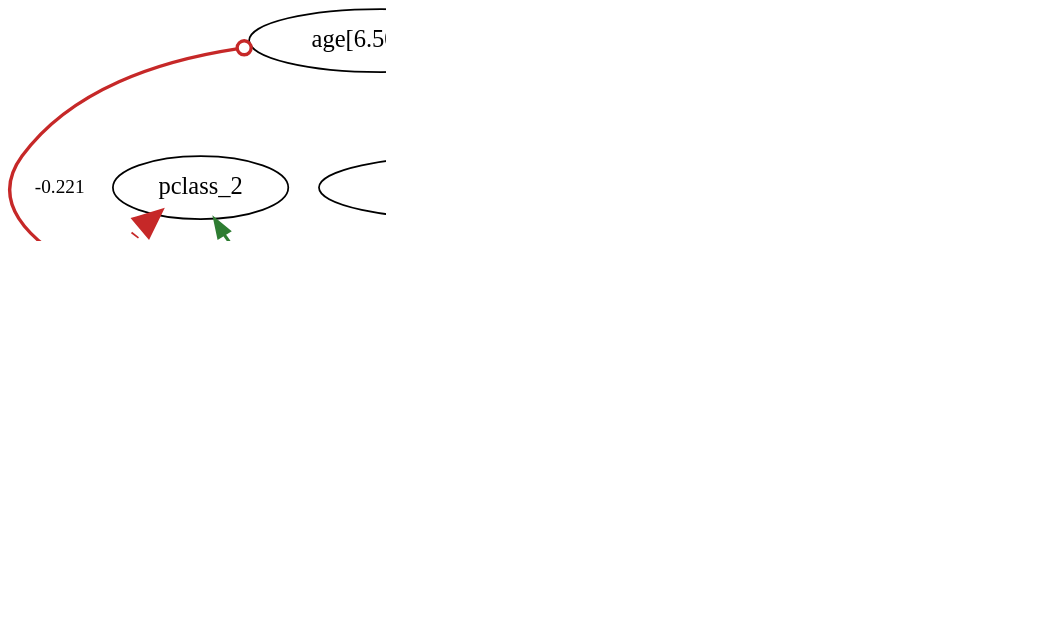
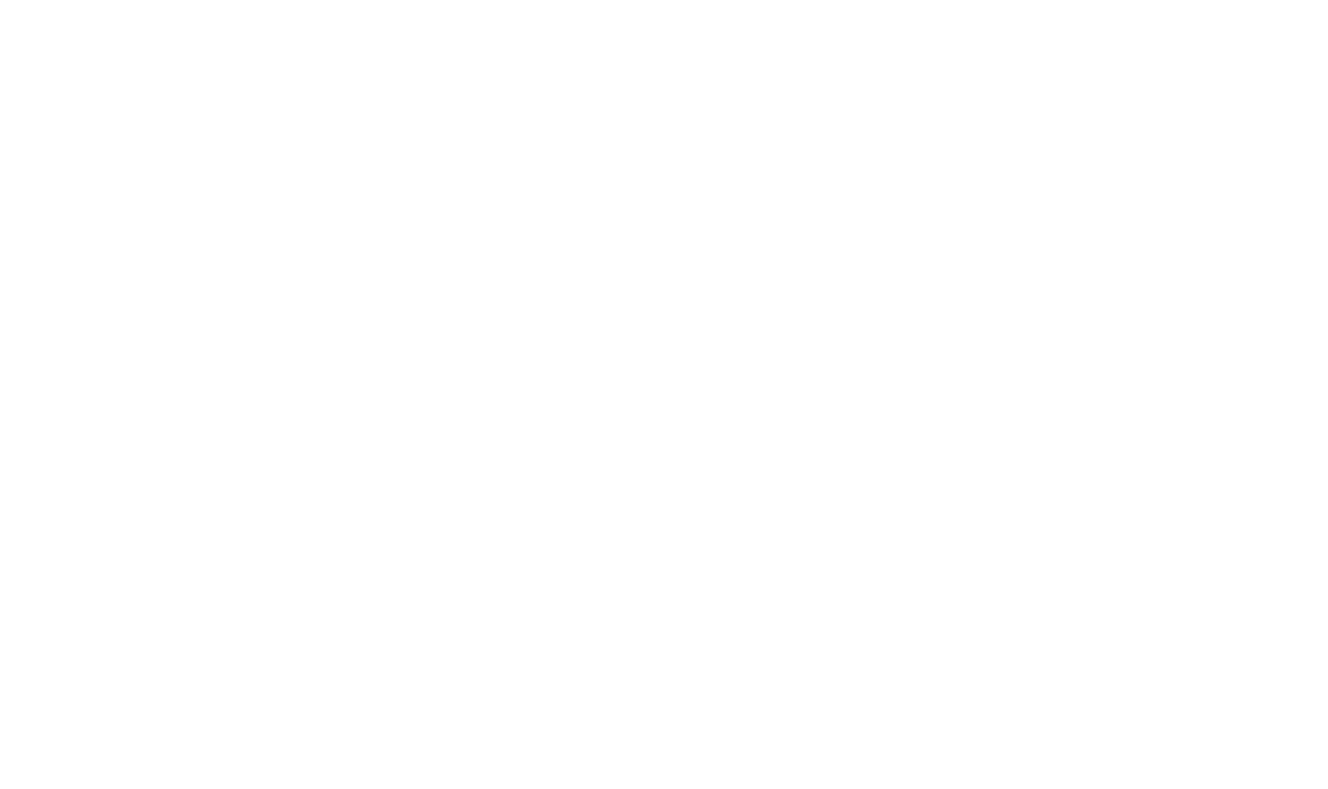
Before and after one commit to AKANEMO22/MedTCAX-Causal-Argumentative-Explainability: the diagram in causal_argumentation-main/outputs_titanic/fci_experiment/discovery_fci_dropfirst_weighted.dot, drawn with Graphviz. The commit also changed 28 other files, not shown here.

```diff
--- a/causal_argumentation-main/outputs_titanic/fci_experiment/discovery_fci_dropfirst_weighted.dot
+++ b/causal_argumentation-main/outputs_titanic/fci_experiment/discovery_fci_dropfirst_weighted.dot
@@ -1,31 +1,32 @@
 digraph {
 fontsize=18;
 dpi=200;
 0 [label="age[6.500,inf)"];
 1 [label="fare[7.133,10.481)"];
 2 [label="fare[10.481,74.375)"];
 3 [label="fare[74.375,inf)"];
 4 [label=sibsp];
 5 [label=parch];
 6 [label="pclass_2"];
 7 [label="pclass_3"];
 8 [label="sex_male"];
 9 [label="embarked_Q"];
 10 [label="embarked_S"];
 11 [label=survived];
-0 -> 7 [dir=both, arrowtail=odot, arrowhead=normal, label=" -0.221 ", fontsize=11, color="#c62828", penwidth=1.8855101781165486];
+0 -> 7 [dir=both, arrowtail=odot, arrowhead=odot, label=" -0.221 ", fontsize=11, color="#c62828", penwidth=1.8855101781165486];
 0 -> 9 [dir=both, arrowtail=odot, arrowhead=odot, label=" -0.291 ", fontsize=11, color="#c62828", penwidth=2.1653511028720134];
-1 -> 2 [dir=both, arrowtail=normal, arrowhead=normal, label=" -1.000 ", fontsize=11, style=dotted, color="#c62828", penwidth=5.0];
+1 -> 2 [dir=both, arrowtail=odot, arrowhead=normal, label=" -1.000 ", fontsize=11, style=dotted, color="#c62828", penwidth=5.0];
 7 -> 1 [dir=both, arrowtail=none, arrowhead=normal, label=" +0.638 ", fontsize=11, color="#2e7d32", penwidth=3.5529025850904143];
 3 -> 2 [dir=both, arrowtail=none, arrowhead=normal, label=" -1.000 ", fontsize=11, style=dotted, color="#c62828", penwidth=5.0];
-2 -> 7 [dir=both, arrowtail=normal, arrowhead=normal, label=" -0.392 ", fontsize=11, color="#c62828", penwidth=2.566076741692204];
-3 -> 7 [dir=both, arrowtail=normal, arrowhead=normal, label=" -0.387 ", fontsize=11, color="#c62828", penwidth=2.54898195217414];
-3 -> 10 [dir=both, arrowtail=normal, arrowhead=normal, label=" -0.210 ", fontsize=11, color="#c62828", penwidth=1.8407305945146004];
-4 -> 5 [dir=both, arrowtail=odot, arrowhead=odot, label=" +0.420 ", fontsize=11, color="#2e7d32", penwidth=2.680932707475021];
-5 -> 8 [dir=both, arrowtail=odot, arrowhead=odot, label=" -0.248 ", fontsize=11, color="#c62828", penwidth=1.9900907139670658];
-6 -> 7 [dir=both, arrowtail=normal, arrowhead=normal, label=" -1.000 ", fontsize=11, style=dotted, color="#c62828", penwidth=5.0];
-6 -> 10 [dir=both, arrowtail=normal, arrowhead=normal, label=" +0.192 ", fontsize=11, color="#2e7d32", penwidth=1.768244411909147];
+7 -> 2 [dir=both, arrowtail=none, arrowhead=normal, label=" -0.392 ", fontsize=11, color="#c62828", penwidth=2.566076741692204];
+7 -> 3 [dir=both, arrowtail=none, arrowhead=normal, label=" -0.387 ", fontsize=11, color="#c62828", penwidth=2.54898195217414];
+10 -> 3 [dir=both, arrowtail=none, arrowhead=normal, label=" -0.210 ", fontsize=11, color="#c62828", penwidth=1.8407305945146004];
+3 -> 11 [dir=both, arrowtail=none, arrowhead=normal, label=" +0.272 ", fontsize=11, color="#2e7d32", penwidth=2.0897039893171288];
+5 -> 4 [dir=both, arrowtail=none, arrowhead=normal, label=" +0.420 ", fontsize=11, color="#2e7d32", penwidth=2.680932707475021];
+8 -> 5 [dir=both, arrowtail=none, arrowhead=normal, label=" -0.248 ", fontsize=11, color="#c62828", penwidth=1.9900907139670658];
+7 -> 6 [dir=both, arrowtail=none, arrowhead=normal, label=" -1.000 ", fontsize=11, style=dotted, color="#c62828", penwidth=5.0];
+10 -> 6 [dir=both, arrowtail=none, arrowhead=normal, label=" +0.192 ", fontsize=11, color="#2e7d32", penwidth=1.768244411909147];
 7 -> 11 [dir=both, arrowtail=none, arrowhead=normal, label=" -0.322 ", fontsize=11, color="#c62828", penwidth=2.2892334294918806];
 8 -> 11 [dir=both, arrowtail=none, arrowhead=normal, label=" -0.543 ", fontsize=11, color="#c62828", penwidth=3.17340552263102];
-9 -> 10 [dir=both, arrowtail=odot, arrowhead=normal, label=" -1.000 ", fontsize=11, style=dotted, color="#c62828", penwidth=5.0];
+9 -> 10 [dir=both, arrowtail=odot, arrowhead=odot, label=" -1.000 ", fontsize=11, style=dotted, color="#c62828", penwidth=5.0];
 }
```
